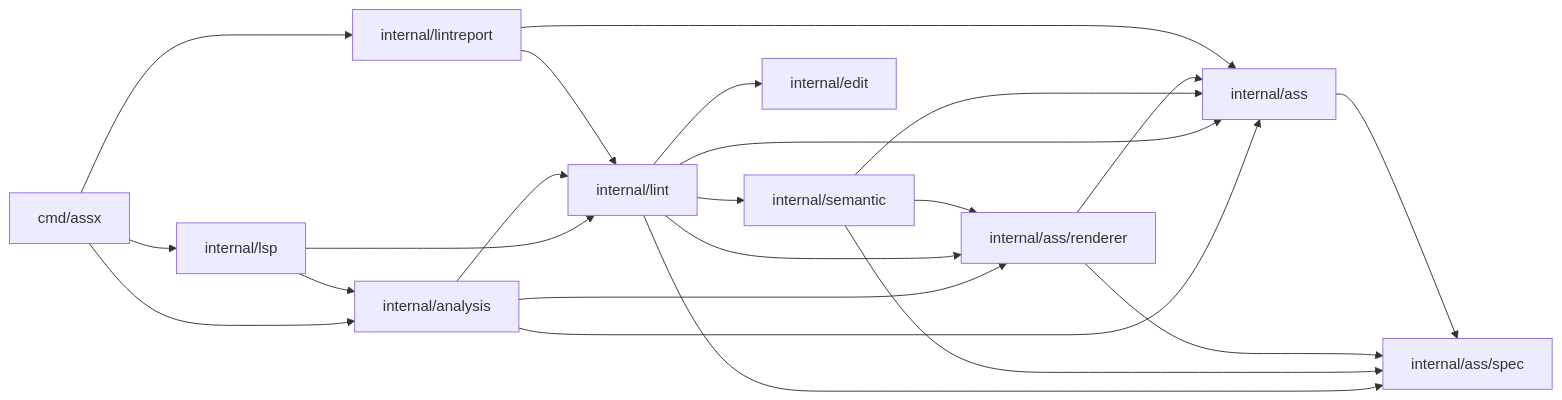
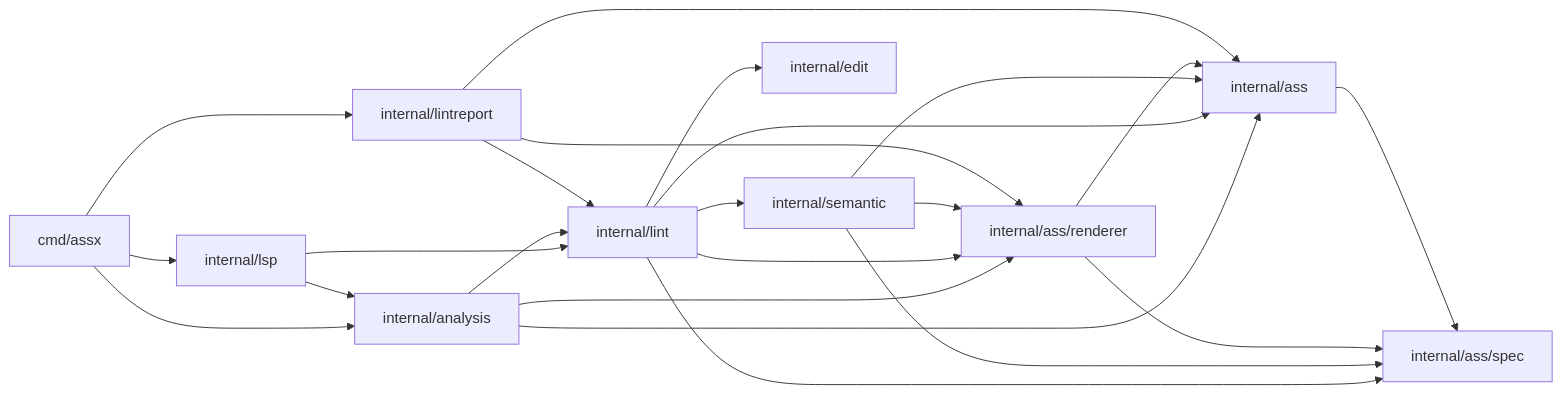
The first of 3 diagrams in docs/architecture/lint-pipeline.md (Nemuboshi/assx), drawn with Mermaid before and after one commit. The commit also changed 91 other files, not shown here.

````diff
--- a/docs/architecture/lint-pipeline.md
+++ b/docs/architecture/lint-pipeline.md
@@ -10,24 +10,25 @@
 ```mermaid
 graph LR
   CLI["cmd/assx"] --> LSP["internal/lsp"]
   CLI --> AN["internal/analysis"]
   CLI --> LR["internal/lintreport"]
   LSP --> AN
   LSP --> LINT["internal/lint"]
   AN --> LINT
   AN --> ASS["internal/ass"]
   AN --> REN["internal/ass/renderer"]
   LINT --> SEM["internal/semantic"]
   LINT --> ASS
   LINT --> REN
   LINT --> SPEC["internal/ass/spec"]
   LINT --> EDIT["internal/edit"]
   SEM --> ASS
   SEM --> REN
   SEM --> SPEC
   REN --> ASS
   REN --> SPEC
   ASS --> SPEC
   LR --> LINT
   LR --> ASS
+  LR --> REN
 ```
````
